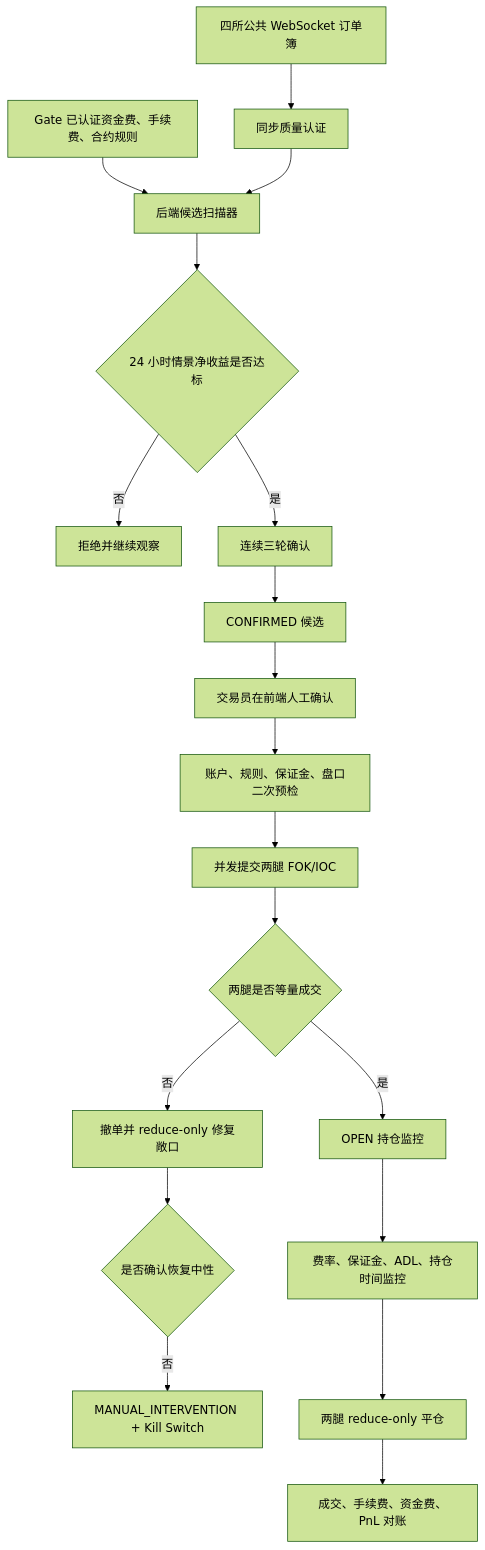
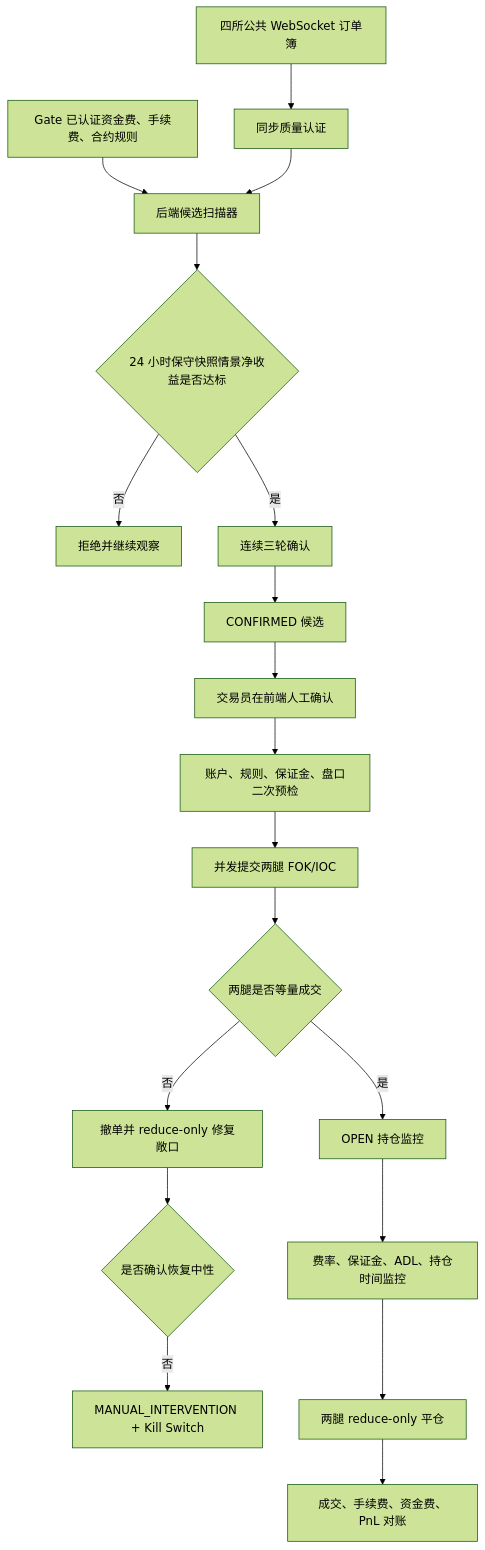
The diagram in frontend/docs/FUNDING_ARBITRAGE_GUIDE_ZH.md (ShadowDawnTom/CrossQuant), drawn with Mermaid (forest theme) before and after one commit. The commit also changed other lines of this file and 7 other files, not shown here.

````diff
--- a/frontend/docs/FUNDING_ARBITRAGE_GUIDE_ZH.md
+++ b/frontend/docs/FUNDING_ARBITRAGE_GUIDE_ZH.md
@@ -67,21 +107,21 @@
 ```mermaid
 flowchart TD
     A[四所公共 WebSocket 订单簿] --> C[同步质量认证]
     B[Gate 已认证资金费、手续费、合约规则] --> D[后端候选扫描器]
     C --> D
-    D --> E{24 小时情景净收益是否达标}
+    D --> E{24 小时保守快照情景净收益是否达标}
     E -- 否 --> F[拒绝并继续观察]
     E -- 是 --> G[连续三轮确认]
     G --> H[CONFIRMED 候选]
     H --> I[交易员在前端人工确认]
     I --> J[账户、规则、保证金、盘口二次预检]
     J --> K[并发提交两腿 FOK/IOC]
     K --> L{两腿是否等量成交}
     L -- 是 --> M[OPEN 持仓监控]
     L -- 否 --> N[撤单并 reduce-only 修复敞口]
     N --> O{是否确认恢复中性}
     O -- 否 --> P[MANUAL_INTERVENTION + Kill Switch]
     M --> Q[费率、保证金、ADL、持仓时间监控]
     Q --> R[两腿 reduce-only 平仓]
     R --> S[成交、手续费、资金费、PnL 对账]
 ```
````
